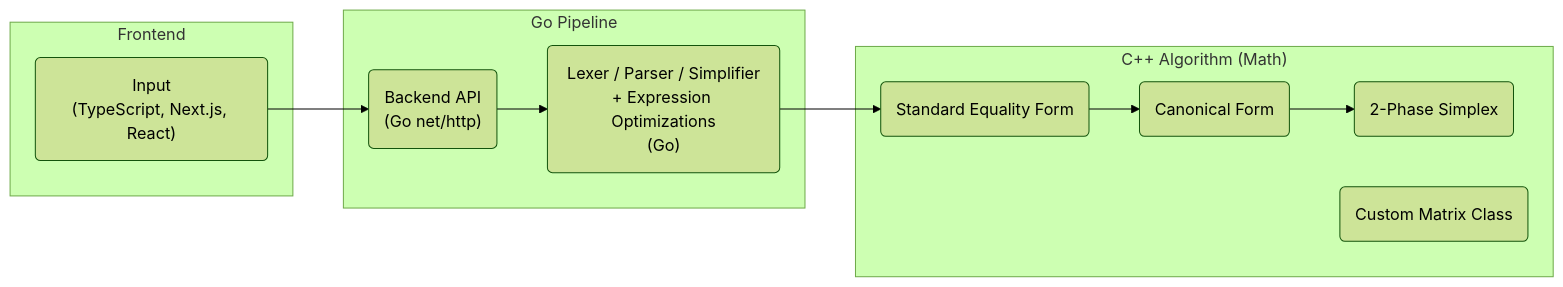
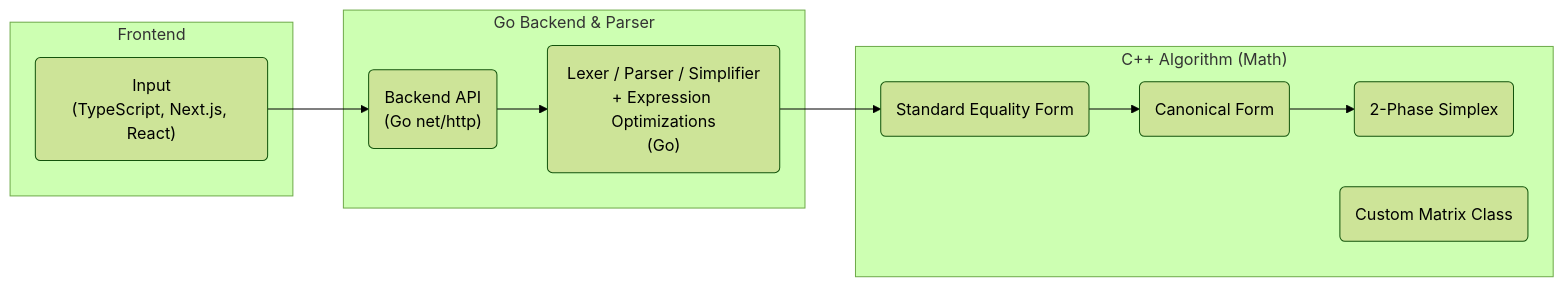
The diagram in README.md (animalat/Simplex-Algorithm), drawn with Mermaid (forest theme) before and after one commit.

````diff
--- a/README.md
+++ b/README.md
@@ -24,20 +24,20 @@
 ```mermaid
 graph LR
     subgraph Frontend
         A("Input<br>(TypeScript, Next.js, React)")
     end
 
-    subgraph Go_Pipeline["Go Pipeline"]
+    subgraph Go_Pipeline["Go Backend & Parser"]
         B("Backend API<br>(Go net/http)")
         C("Lexer / Parser / Simplifier<br>+ Expression Optimizations<br>(Go)")
     end
 
     subgraph Simplex_Algorithm["C++ Algorithm (Math)"]
         D("Standard Equality Form")
         E("Canonical Form")
         F("2-Phase Simplex")
         G("Custom Matrix Class")
     end
 
     A --> B --> C --> D --> E --> F
 ```
````
